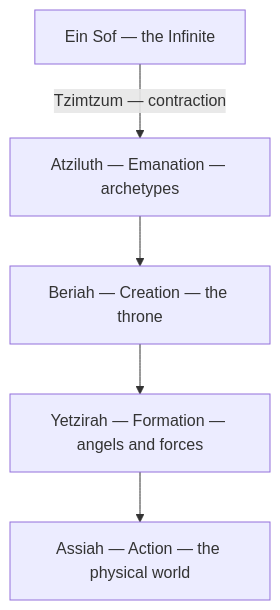
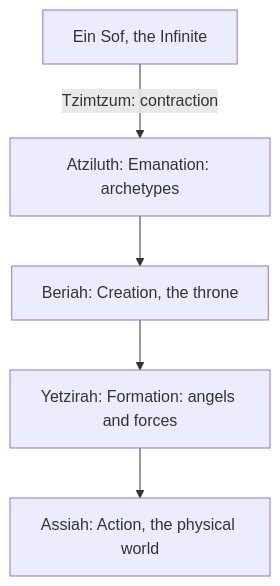
One commit to kennethreitz/kennethreitz.org changed the diagram in data/knowledge/spirituality/kabbalah.md. Above: the diagram before and after it, drawn with Mermaid. The commit also changed other lines of this file and 879 other files, not shown here.

````diff
--- a/data/knowledge/spirituality/kabbalah.md
+++ b/data/knowledge/spirituality/kabbalah.md
@@ -68,12 +68,12 @@
 ```mermaid
 flowchart TD
-    ES["Ein Sof — the Infinite"]
-    A["Atziluth — Emanation — archetypes"]
-    B["Beriah — Creation — the throne"]
-    Y["Yetzirah — Formation — angels and forces"]
-    As["Assiah — Action — the physical world"]
-    ES -->|"Tzimtzum — contraction"| A
+    ES["Ein Sof, the Infinite"]
+    A["Atziluth: Emanation: archetypes"]
+    B["Beriah: Creation, the throne"]
+    Y["Yetzirah: Formation: angels and forces"]
+    As["Assiah: Action, the physical world"]
+    ES -->|"Tzimtzum: contraction"| A
     A --> B
     B --> Y
     Y --> As
 ```
````
